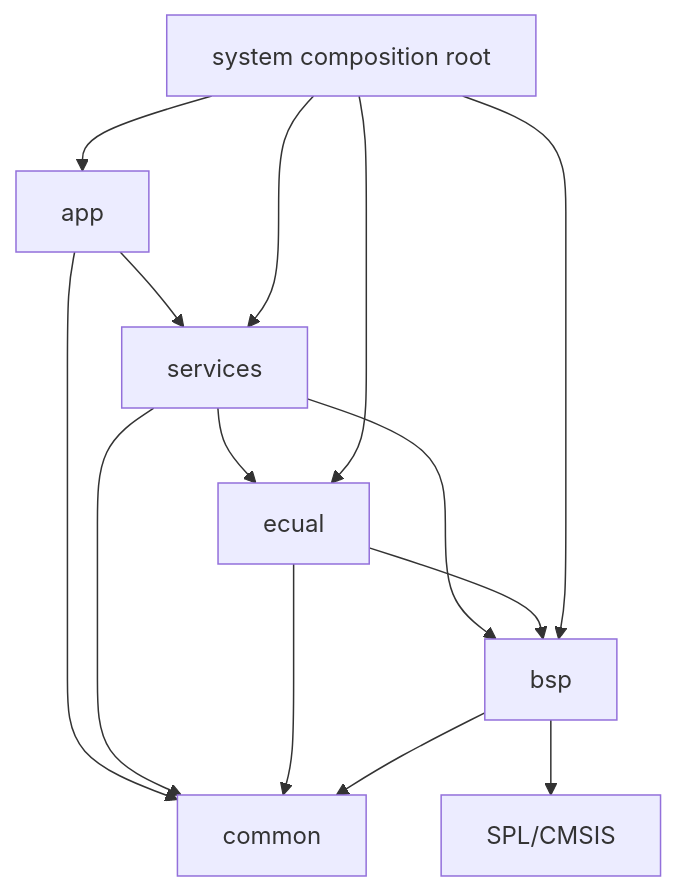
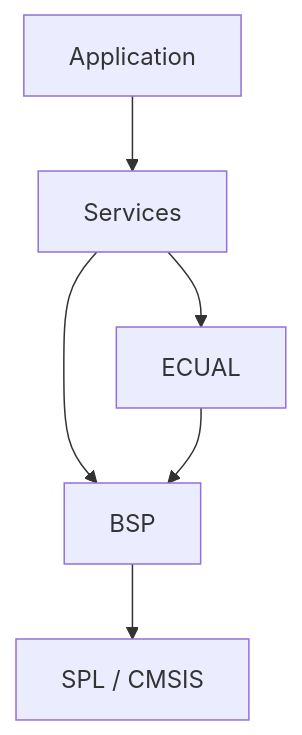
The first of 2 diagrams in docs/architecture.md (haikevins/stm32f1-spl-procedural-baremetal), drawn with Mermaid before and after one commit. The commit also changed other lines of this file and 4 other files, not shown here.

````diff
--- a/docs/architecture.md
+++ b/docs/architecture.md
@@ -45,16 +45,8 @@
 ```mermaid
-flowchart TD
-    APP["app"] --> SVC["services"]
-    APP --> COMMON["common"]
-    SVC --> BSP["bsp"]
-    SVC --> ECUAL["ecual"]
-    SVC --> COMMON
+flowchart TB
+    APP["Application"] --> SVC["Services"]
+    SVC --> BSP["BSP"]
+    SVC --> ECUAL["ECUAL"]
     ECUAL --> BSP
-    ECUAL --> COMMON
-    BSP --> COMMON
-    BSP --> VENDOR["SPL/CMSIS"]
-    SYSTEM["system composition root"] --> APP
-    SYSTEM --> SVC
-    SYSTEM --> ECUAL
-    SYSTEM --> BSP
+    BSP --> VENDOR["SPL / CMSIS"]
 ```
````
